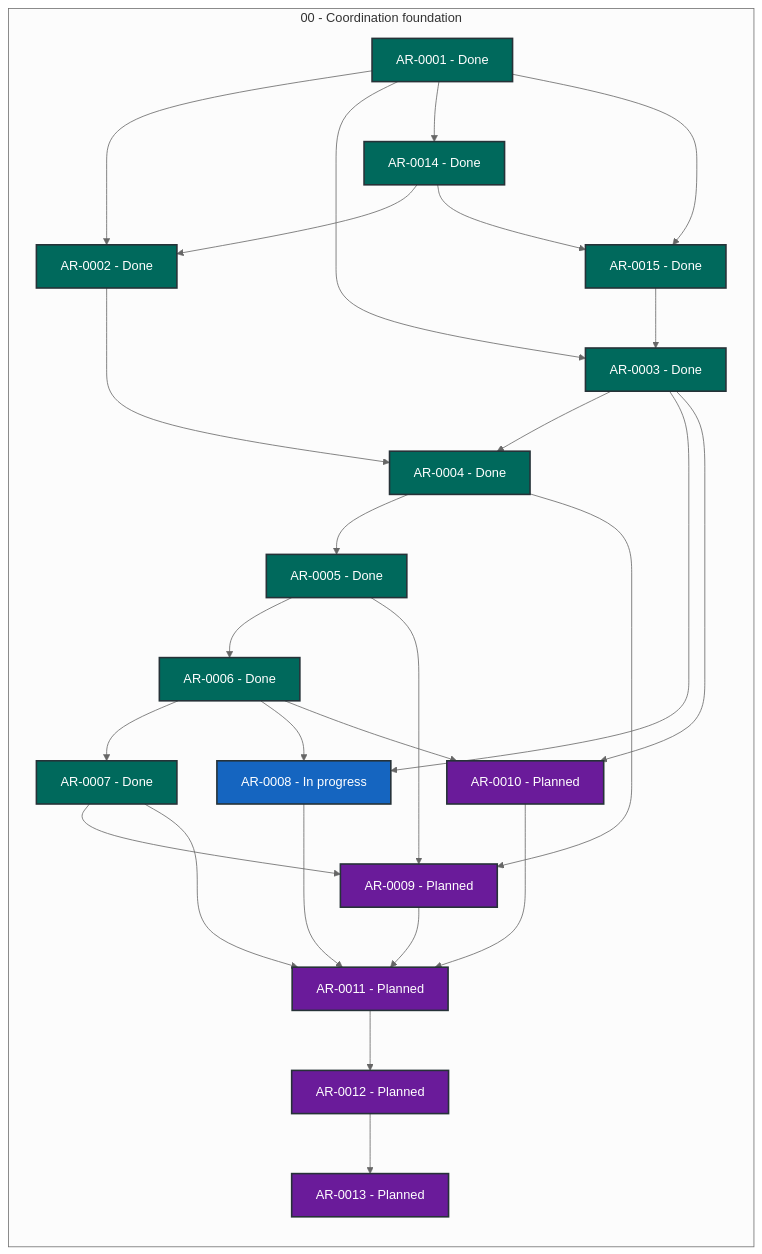
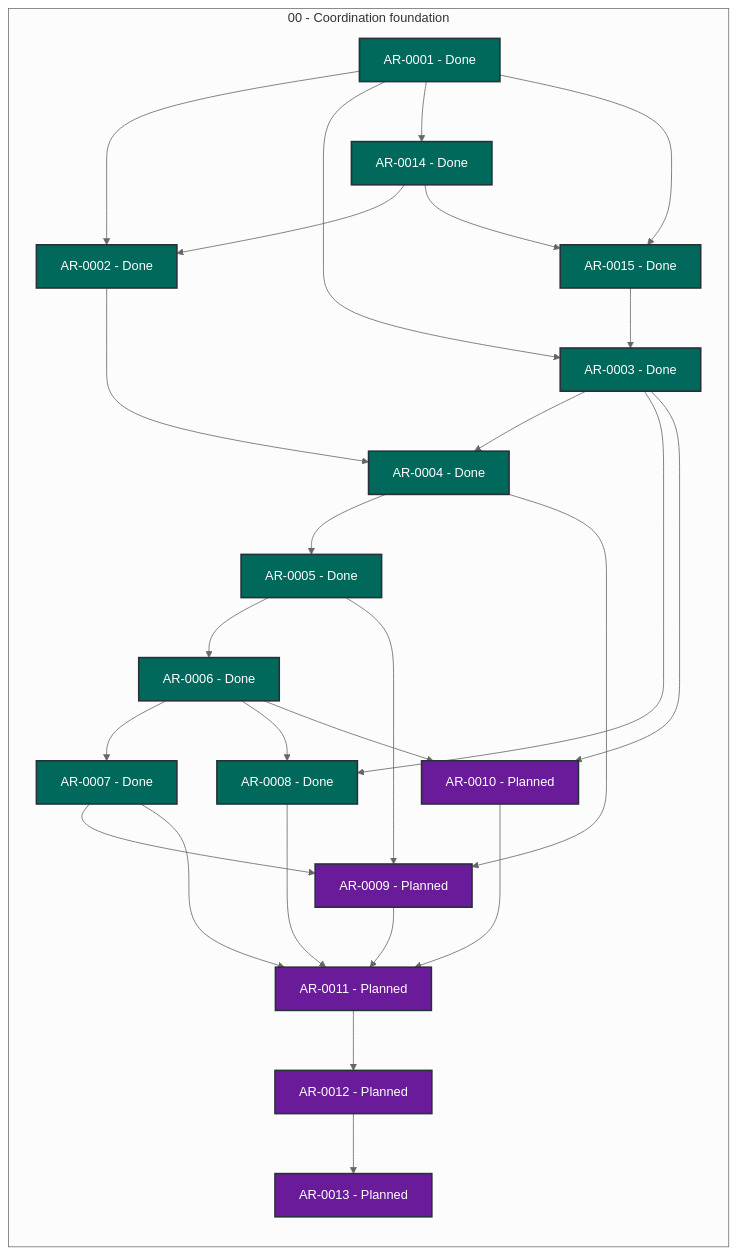
One commit to martin-beck/agent-workflow-tui-state changed the diagram in STATUS.md. Above: the diagram before and after it, drawn with Mermaid (neutral theme). The commit also changed other lines of this file and 2 other files, not shown here.

````diff
--- a/STATUS.md
+++ b/STATUS.md
@@ -27,54 +27,54 @@
 ```mermaid
 flowchart LR
     subgraph series_00["00 - Coordination foundation"]
         direction TB
         AR_0001["AR-0001 - Done"]:::status_done
         AR_0002["AR-0002 - Done"]:::status_done
         AR_0003["AR-0003 - Done"]:::status_done
         AR_0004["AR-0004 - Done"]:::status_done
         AR_0005["AR-0005 - Done"]:::status_done
         AR_0006["AR-0006 - Done"]:::status_done
         AR_0007["AR-0007 - Done"]:::status_done
-        AR_0008["AR-0008 - In progress"]:::status_in_progress
+        AR_0008["AR-0008 - Done"]:::status_done
         AR_0009["AR-0009 - Planned"]:::status_planned
         AR_0010["AR-0010 - Planned"]:::status_planned
         AR_0011["AR-0011 - Planned"]:::status_planned
         AR_0012["AR-0012 - Planned"]:::status_planned
         AR_0013["AR-0013 - Planned"]:::status_planned
         AR_0014["AR-0014 - Done"]:::status_done
         AR_0015["AR-0015 - Done"]:::status_done
     end
     AR_0001 --> AR_0002
     AR_0001 --> AR_0003
     AR_0001 --> AR_0014
     AR_0001 --> AR_0015
     AR_0002 --> AR_0004
     AR_0003 --> AR_0004
     AR_0003 --> AR_0008
     AR_0003 --> AR_0010
     AR_0004 --> AR_0005
     AR_0004 --> AR_0009
     AR_0005 --> AR_0006
     AR_0005 --> AR_0009
     AR_0006 --> AR_0007
     AR_0006 --> AR_0008
     AR_0006 --> AR_0010
     AR_0007 --> AR_0009
     AR_0007 --> AR_0011
     AR_0008 --> AR_0011
     AR_0009 --> AR_0011
     AR_0010 --> AR_0011
     AR_0011 --> AR_0012
     AR_0012 --> AR_0013
     AR_0014 --> AR_0002
     AR_0014 --> AR_0015
     AR_0015 --> AR_0003
     classDef status_in_progress fill:#1565c0,color:#ffffff,stroke:#263238,stroke-width:2px
     classDef status_open fill:#2e7d32,color:#ffffff,stroke:#263238,stroke-width:2px
     classDef status_blocked fill:#c62828,color:#ffffff,stroke:#263238,stroke-width:2px
     classDef status_planned fill:#6a1b9a,color:#ffffff,stroke:#263238,stroke-width:2px
     classDef status_future fill:#455a64,color:#ffffff,stroke:#263238,stroke-width:2px
     classDef status_done fill:#00695c,color:#ffffff,stroke:#263238,stroke-width:2px
     classDef status_cancelled fill:#616161,color:#ffffff,stroke:#263238,stroke-width:2px
     classDef status_superseded fill:#5d4037,color:#ffffff,stroke:#263238,stroke-width:2px
 ```
````
